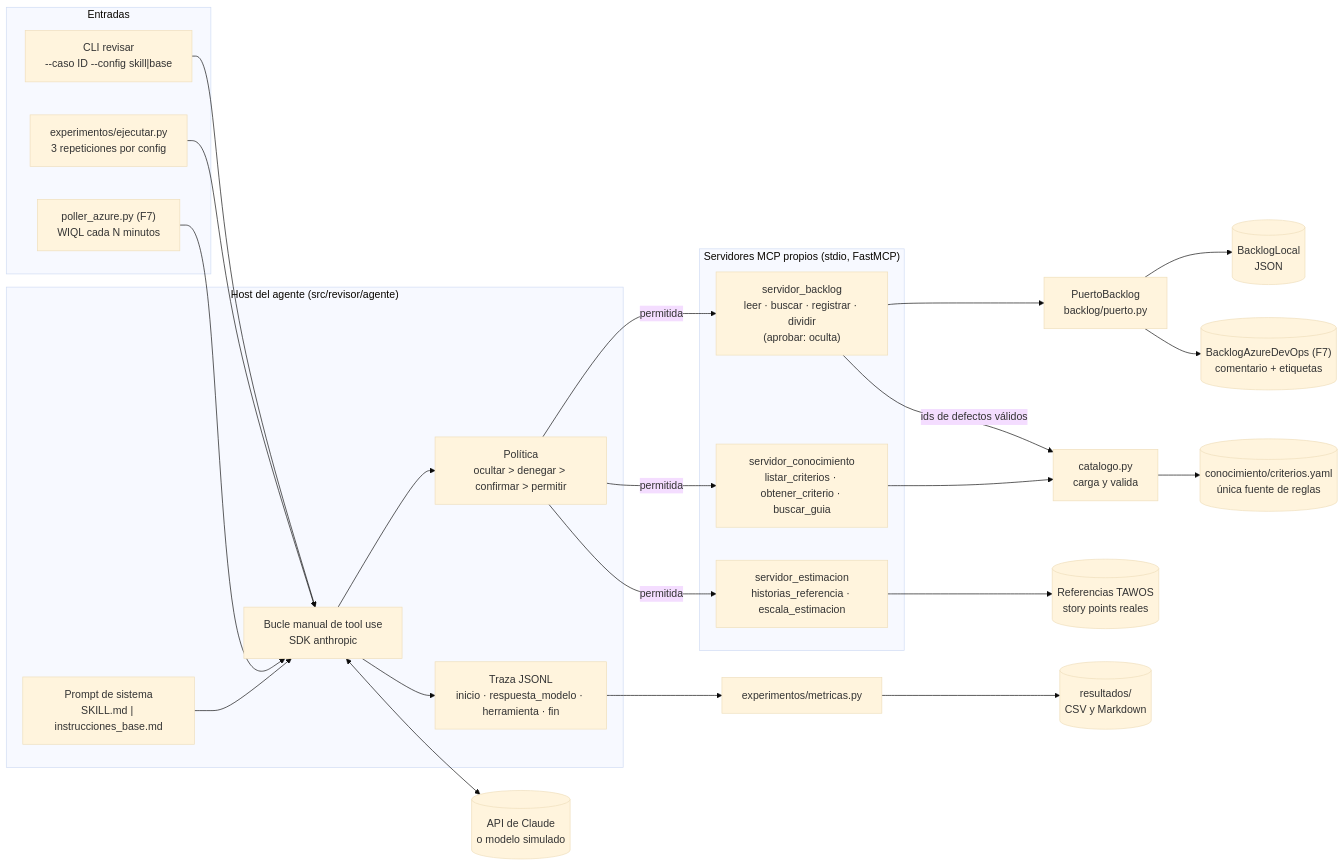
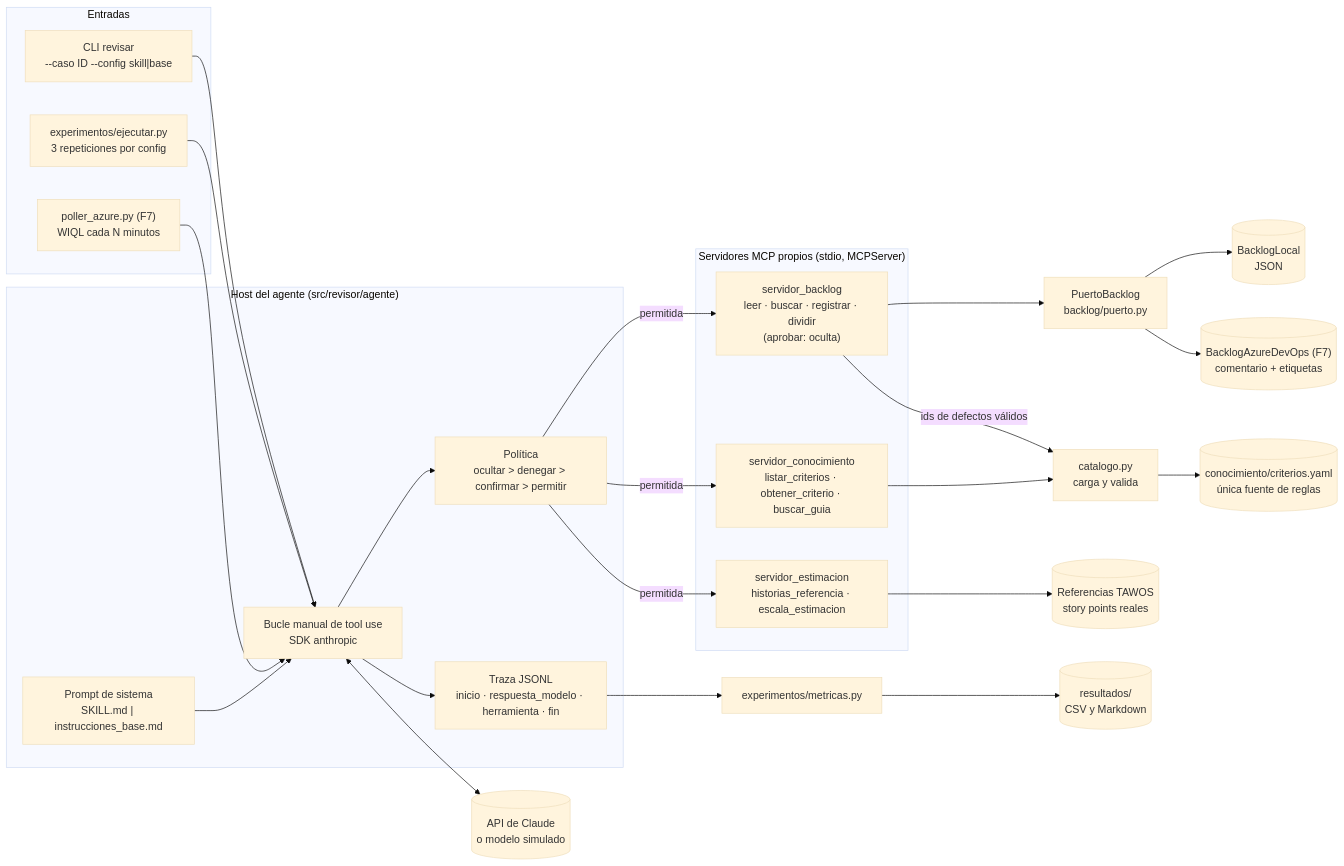
One commit to zele0991-lab/RevisorHU changed the diagram in docs/ARQUITECTURA.md. Above: the diagram before and after it, drawn with Mermaid (base theme). The commit also changed 27 other files, not shown here.

````diff
--- a/docs/ARQUITECTURA.md
+++ b/docs/ARQUITECTURA.md
@@ -7,52 +7,52 @@
 ```mermaid
 flowchart LR
     subgraph Entradas
         CLI["CLI revisar<br/>--caso ID --config skill|base"]
         EXP["experimentos/ejecutar.py<br/>3 repeticiones por config"]
         POLL["poller_azure.py (F7)<br/>WIQL cada N minutos"]
     end
 
     subgraph Host["Host del agente (src/revisor/agente)"]
         PROMPT["Prompt de sistema<br/>SKILL.md | instrucciones_base.md"]
         BUCLE["Bucle manual de tool use<br/>SDK anthropic"]
         POL["Política<br/>ocultar > denegar > confirmar > permitir"]
         TRAZA["Traza JSONL<br/>inicio · respuesta_modelo · herramienta · fin"]
     end
 
     API[("API de Claude<br/>o modelo simulado")]
 
-    subgraph MCP["Servidores MCP propios (stdio, FastMCP)"]
+    subgraph MCP["Servidores MCP propios (stdio, MCPServer)"]
         SB["servidor_backlog<br/>leer · buscar · registrar · dividir<br/>(aprobar: oculta)"]
         SC["servidor_conocimiento<br/>listar_criterios · obtener_criterio · buscar_guia"]
         SE["servidor_estimacion<br/>historias_referencia · escala_estimacion"]
     end
 
     PUERTO["PuertoBacklog<br/>backlog/puerto.py"]
     LOCAL[("BacklogLocal<br/>JSON")]
     AZDO[("BacklogAzureDevOps (F7)<br/>comentario + etiquetas")]
     CAT["catalogo.py<br/>carga y valida"]
     YAML[("conocimiento/criterios.yaml<br/>única fuente de reglas")]
     TAWOS[("Referencias TAWOS<br/>story points reales")]
     MET["experimentos/metricas.py"]
     RES[("resultados/<br/>CSV y Markdown")]
 
     CLI --> BUCLE
     EXP --> BUCLE
     POLL --> BUCLE
     PROMPT --> BUCLE
     BUCLE <--> API
     BUCLE --> POL
     POL -->|permitida| SB
     POL -->|permitida| SC
     POL -->|permitida| SE
     BUCLE --> TRAZA
     SB --> PUERTO
     PUERTO --> LOCAL
     PUERTO --> AZDO
     SB -->|ids de defectos válidos| CAT
     SC --> CAT
     CAT --> YAML
     SE --> TAWOS
     TRAZA --> MET
     MET --> RES
 ```
````
